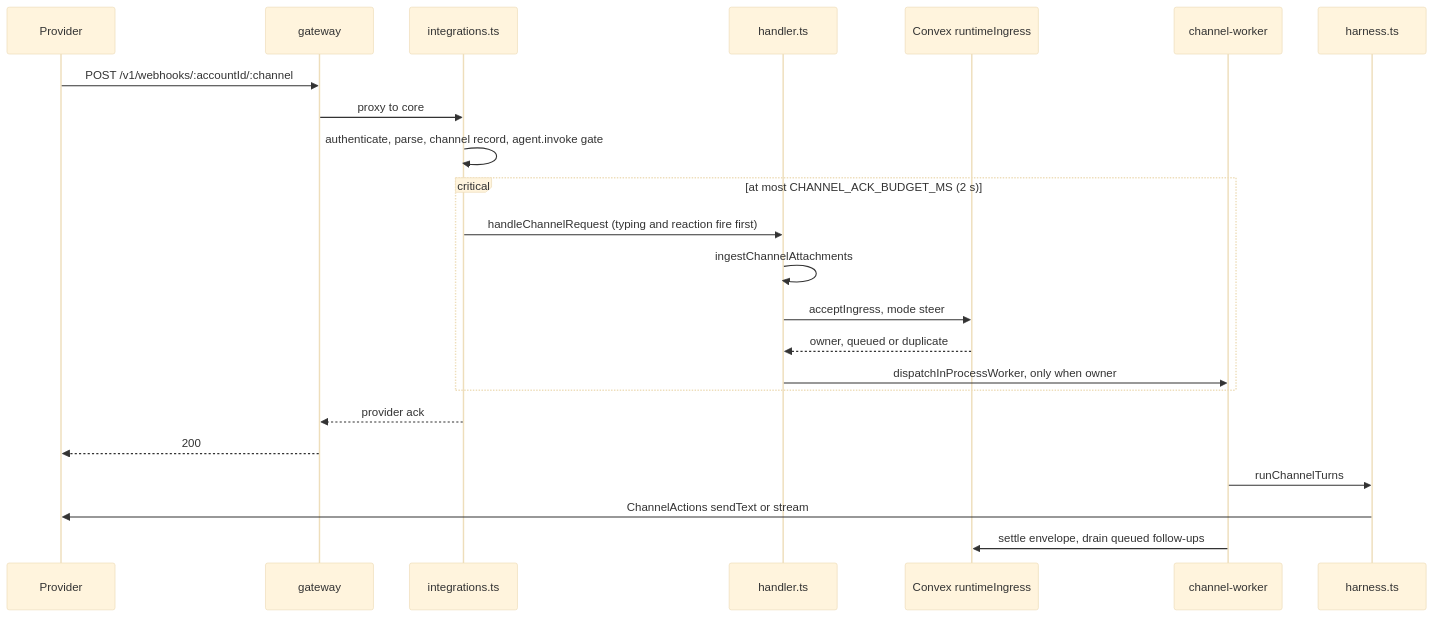
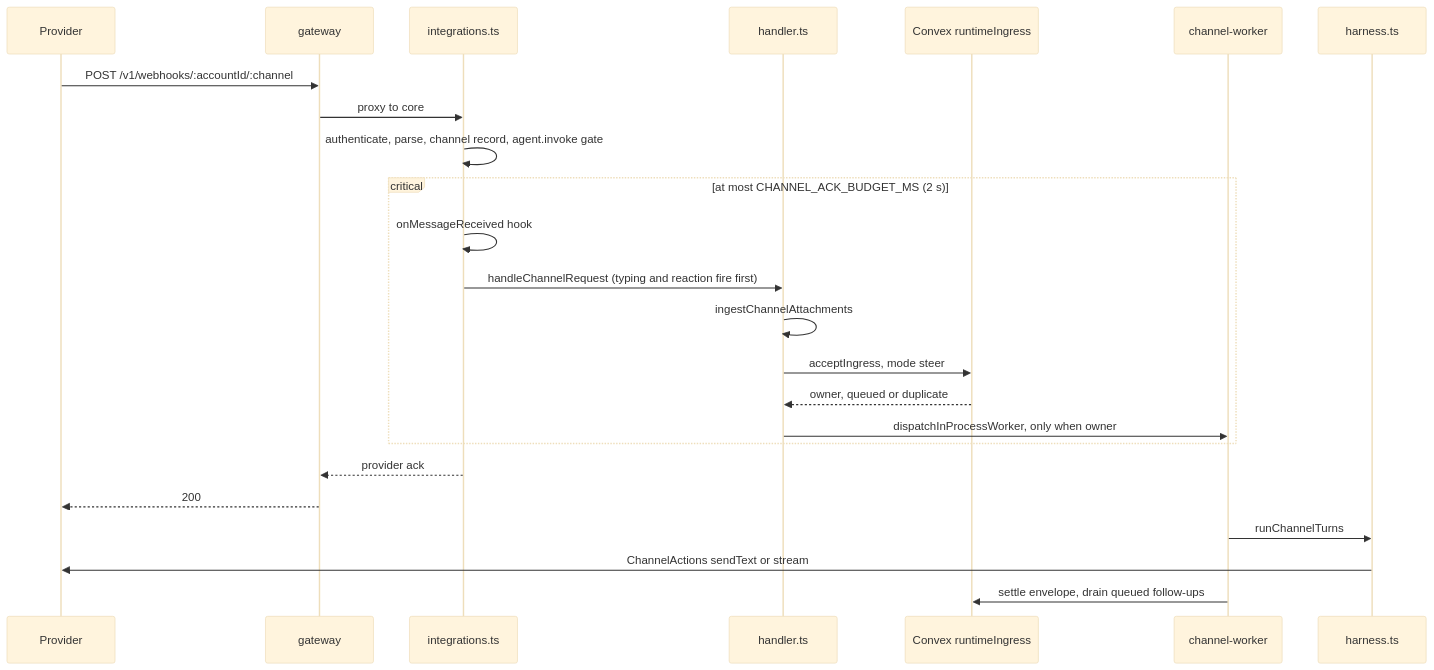
Before and after one commit to beeblastco/broods: the second of 4 diagrams in apps/docs/docs/internals/channels.md, drawn with Mermaid (base theme). The commit also changed other lines of this file and 8 other files, not shown here.

First line of the commit message:
docs: fix internals diagrams that disagreed with the code

````diff
--- a/apps/docs/docs/internals/channels.md
+++ b/apps/docs/docs/internals/channels.md
@@ -50,26 +50,27 @@
 ```mermaid
 sequenceDiagram
   participant P as Provider
   participant G as gateway
   participant I as integrations.ts
   participant H as handler.ts
   participant CV as Convex runtimeIngress
   participant W as channel-worker
   participant R as harness.ts
 
   P->>G: POST /v1/webhooks/:accountId/:channel
   G->>I: proxy to core
   I->>I: authenticate, parse, channel record, agent.invoke gate
   critical at most CHANNEL_ACK_BUDGET_MS (2 s)
+    I->>I: onMessageReceived hook
     I->>H: handleChannelRequest (typing and reaction fire first)
     H->>H: ingestChannelAttachments
     H->>CV: acceptIngress, mode steer
     CV-->>H: owner, queued or duplicate
     H->>W: dispatchInProcessWorker, only when owner
   end
   I-->>G: provider ack
   G-->>P: 200
   W->>R: runChannelTurns
   R->>P: ChannelActions sendText or stream
   W->>CV: settle envelope, drain queued follow-ups
 ```
````
